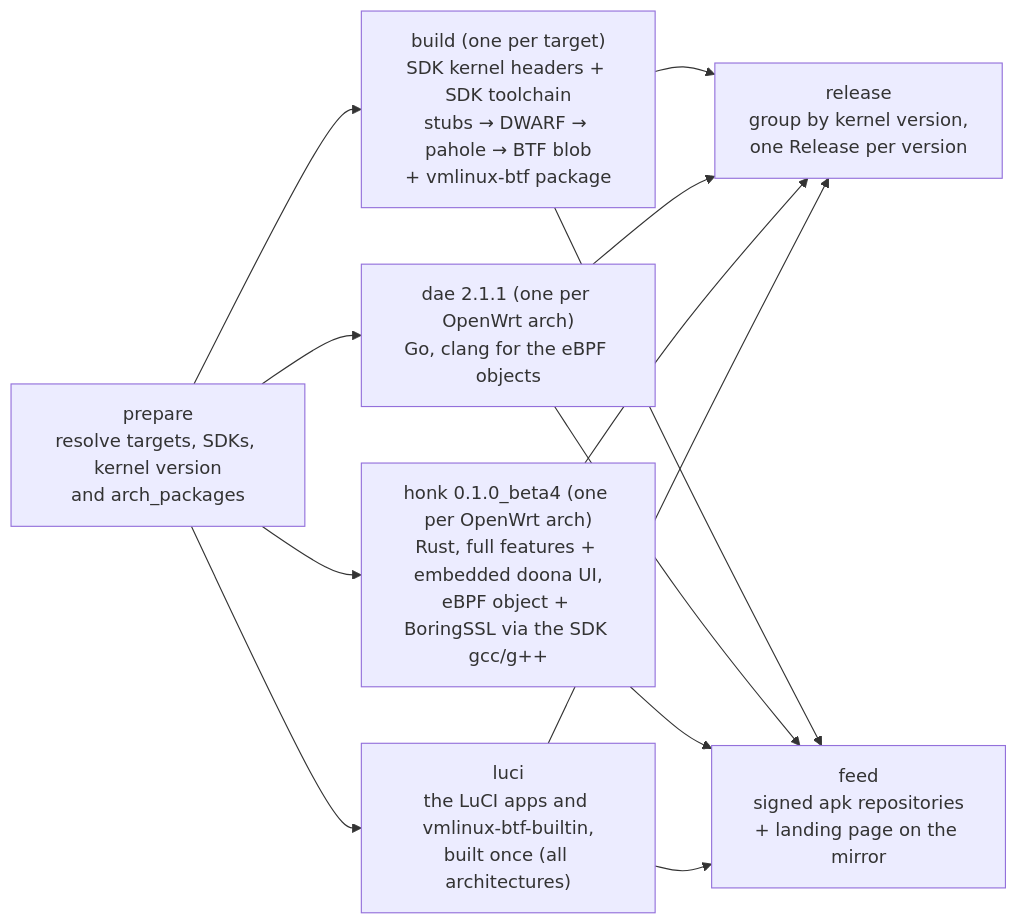
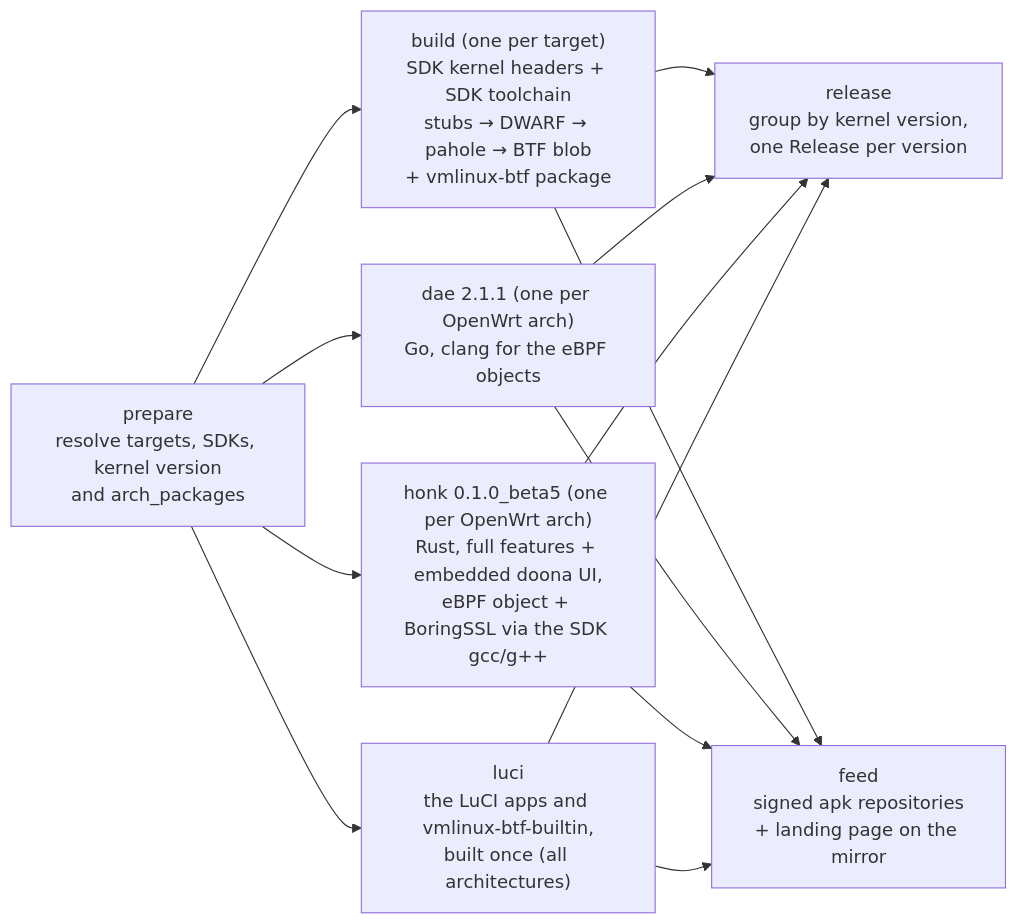
One commit to daeuniverse/openwrt-packages changed the diagram in README.md. Above: the diagram before and after it, drawn with Mermaid. The commit also changed other lines of this file and 3 other files, not shown here.

Commit message:
build(honk): move to v0.1.0-beta.5

````diff
--- a/README.md
+++ b/README.md
@@ -436,22 +436,22 @@
 ```mermaid
 flowchart LR
   P["prepare<br/>resolve targets, SDKs, kernel version<br/>and arch_packages"]
   K["build (one per target)<br/>SDK kernel headers + SDK toolchain<br/>stubs → DWARF → pahole → BTF blob<br/>+ vmlinux-btf package"]
   D["dae 2.1.1 (one per OpenWrt arch)<br/>Go, clang for the eBPF objects"]
-  H["honk 0.1.0_beta4 (one per OpenWrt arch)<br/>Rust, full features + embedded doona UI,<br/>eBPF object + BoringSSL via the SDK gcc/g++"]
+  H["honk 0.1.0_beta5 (one per OpenWrt arch)<br/>Rust, full features + embedded doona UI,<br/>eBPF object + BoringSSL via the SDK gcc/g++"]
   L["luci<br/>the LuCI apps and vmlinux-btf-builtin,<br/>built once (all architectures)"]
   R["release<br/>group by kernel version,<br/>one Release per version"]
   F["feed<br/>signed apk repositories<br/>+ landing page on the mirror"]
   P --> K
   P --> D
   P --> H
   P --> L
   K --> R
   D --> R
   H --> R
   L --> R
   K --> F
   D --> F
   H --> F
   L --> F
 ```
````
